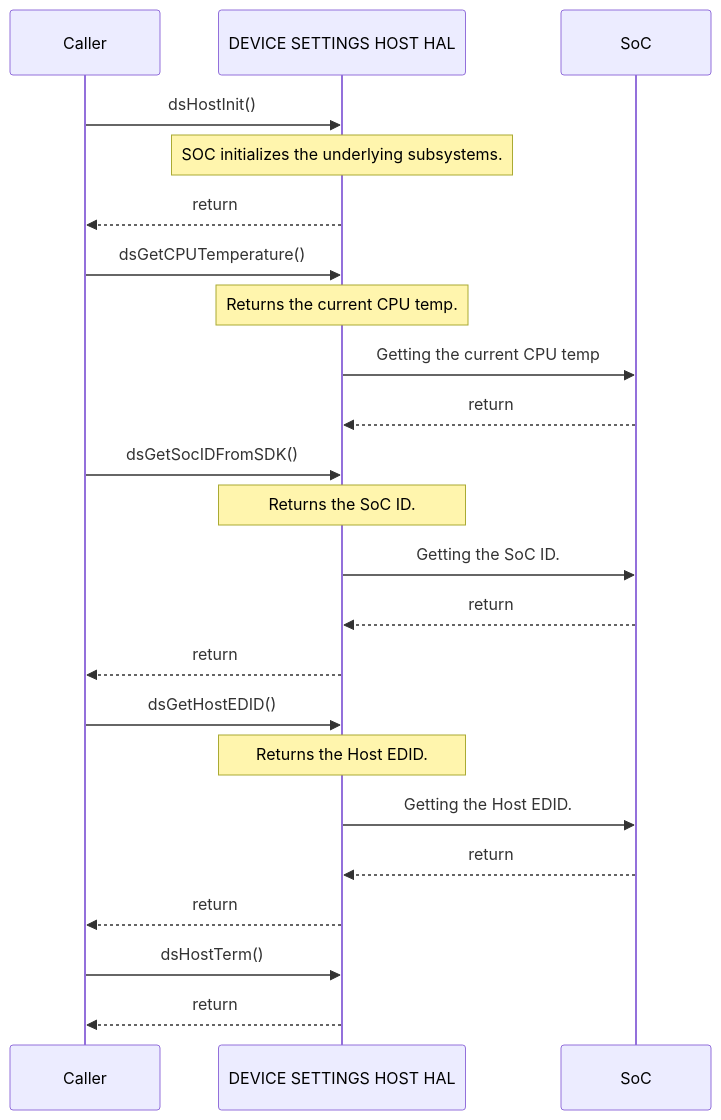
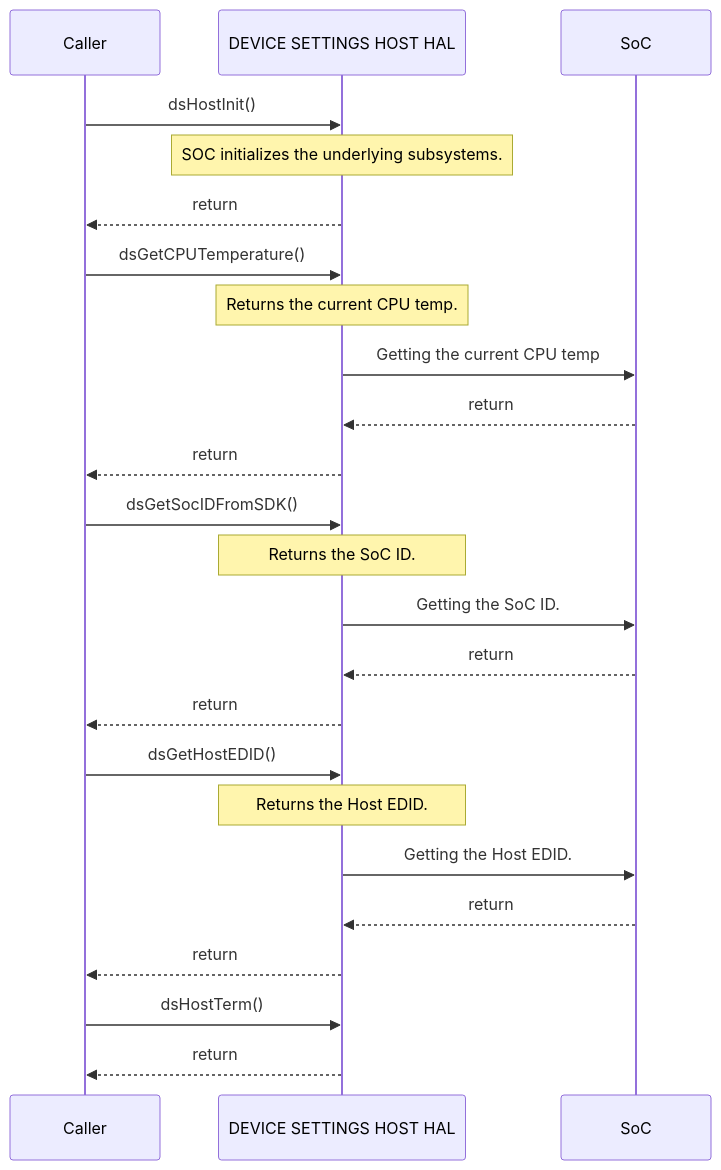
Before and after one commit to rdkcentral/rdk-halif-device_settings: the second of 2 diagrams in docs/pages/dsHost_halSpec.md, drawn with Mermaid. The commit also changed other lines of this file and 18 other files, not shown here.

````diff
--- a/docs/pages/dsHost_halSpec.md
+++ b/docs/pages/dsHost_halSpec.md
@@ -166,26 +166,27 @@
 ```mermaid
 %%{ init : { "theme" : "default", "flowchart" : { "curve" : "stepBefore" }}}%%
    sequenceDiagram
     participant Caller as Caller
     participant HAL as DEVICE SETTINGS HOST HAL
     participant Driver as SoC
     Caller->>HAL:dsHostInit()
     Note over HAL: SOC initializes the underlying subsystems.
     HAL-->>Caller:return
     Caller->>HAL:dsGetCPUTemperature()
     Note over HAL: Returns the current CPU temp.
     HAL->>Driver:Getting the current CPU temp
     Driver-->>HAL:return
+    HAL-->>Caller:return
     Caller->>HAL:dsGetSocIDFromSDK()
     Note over HAL: Returns the SoC ID.
     HAL->>Driver:Getting the SoC ID.
     Driver-->>HAL:return
     HAL-->>Caller:return
     Caller->>HAL:dsGetHostEDID()
     Note over HAL: Returns the Host EDID.
     HAL->>Driver:Getting the Host EDID.
     Driver-->>HAL:return
     HAL-->>Caller:return
     Caller ->>HAL:dsHostTerm()
     HAL-->>Caller:return
  ```
````
